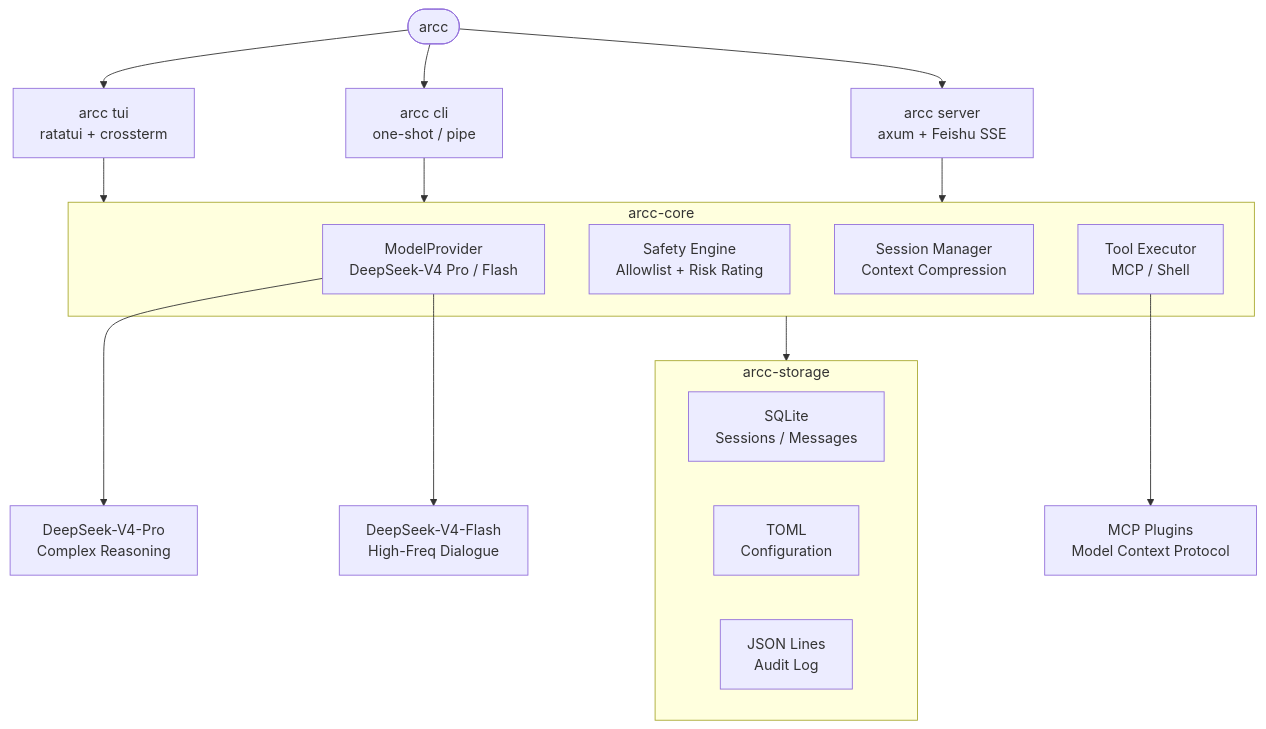
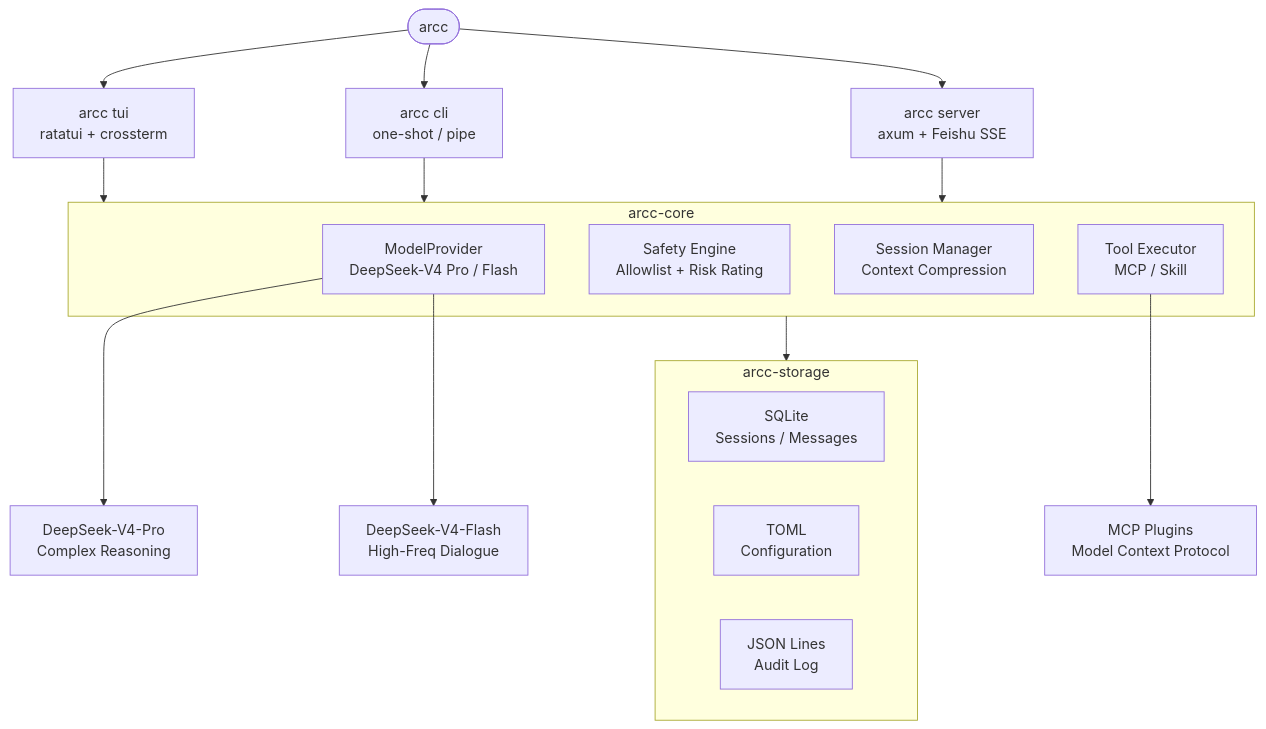
One commit to niyongsheng/arcc changed the diagram in README.md. Above: the diagram before and after it, drawn with Mermaid. The commit also changed other lines of this file and 2 other files, not shown here.

First line of the commit message:
fix: support feishu schema 2.0 webhook format

````diff
--- a/README.md
+++ b/README.md
@@ -38,30 +38,30 @@
 ```mermaid
 flowchart TB
     Entry(["arcc"]) --> TUI["arcc tui<br/>ratatui + crossterm"]
     Entry --> CLI["arcc cli<br/>one-shot / pipe"]
     Entry --> Server["arcc server<br/>axum + Feishu SSE"]
 
     TUI --> Core["arcc-core"]
     CLI --> Core
     Server --> Core
 
     subgraph Core["arcc-core"]
         Model["ModelProvider<br/>DeepSeek-V4 Pro / Flash"]
         Safety["Safety Engine<br/>Allowlist + Risk Rating"]
         Session["Session Manager<br/>Context Compression"]
-        Tools["Tool Executor<br/>MCP / Shell"]
+        Tools["Tool Executor<br/>MCP / Skill"]
     end
 
     Model --> DeepSeekPro["DeepSeek-V4-Pro<br/>Complex Reasoning"]
     Model --> DeepSeekFlash["DeepSeek-V4-Flash<br/>High-Freq Dialogue"]
 
     Core --> Storage["arcc-storage"]
     
     subgraph Storage["arcc-storage"]
         SQLite["SQLite<br/>Sessions / Messages"]
         Config["TOML<br/>Configuration"]
         Audit["JSON Lines<br/>Audit Log"]
     end
 
     Tools --> MCP["MCP Plugins<br/>Model Context Protocol"]
 ```
````
